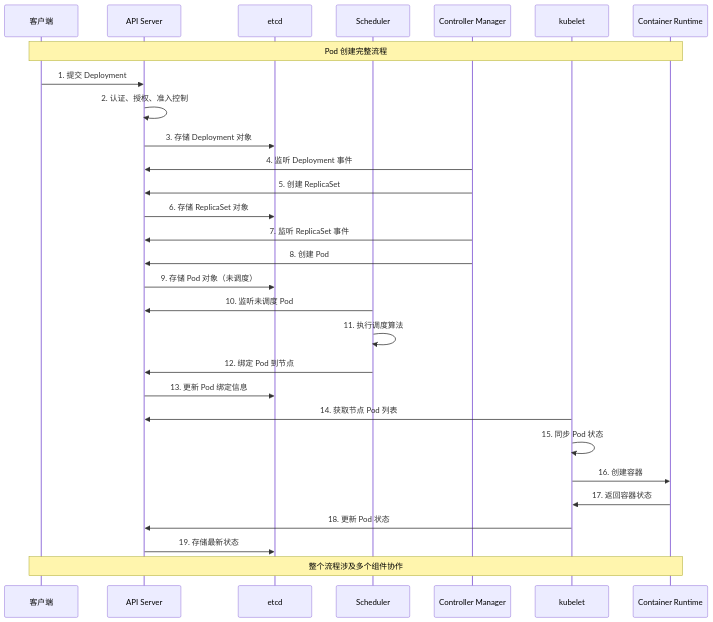
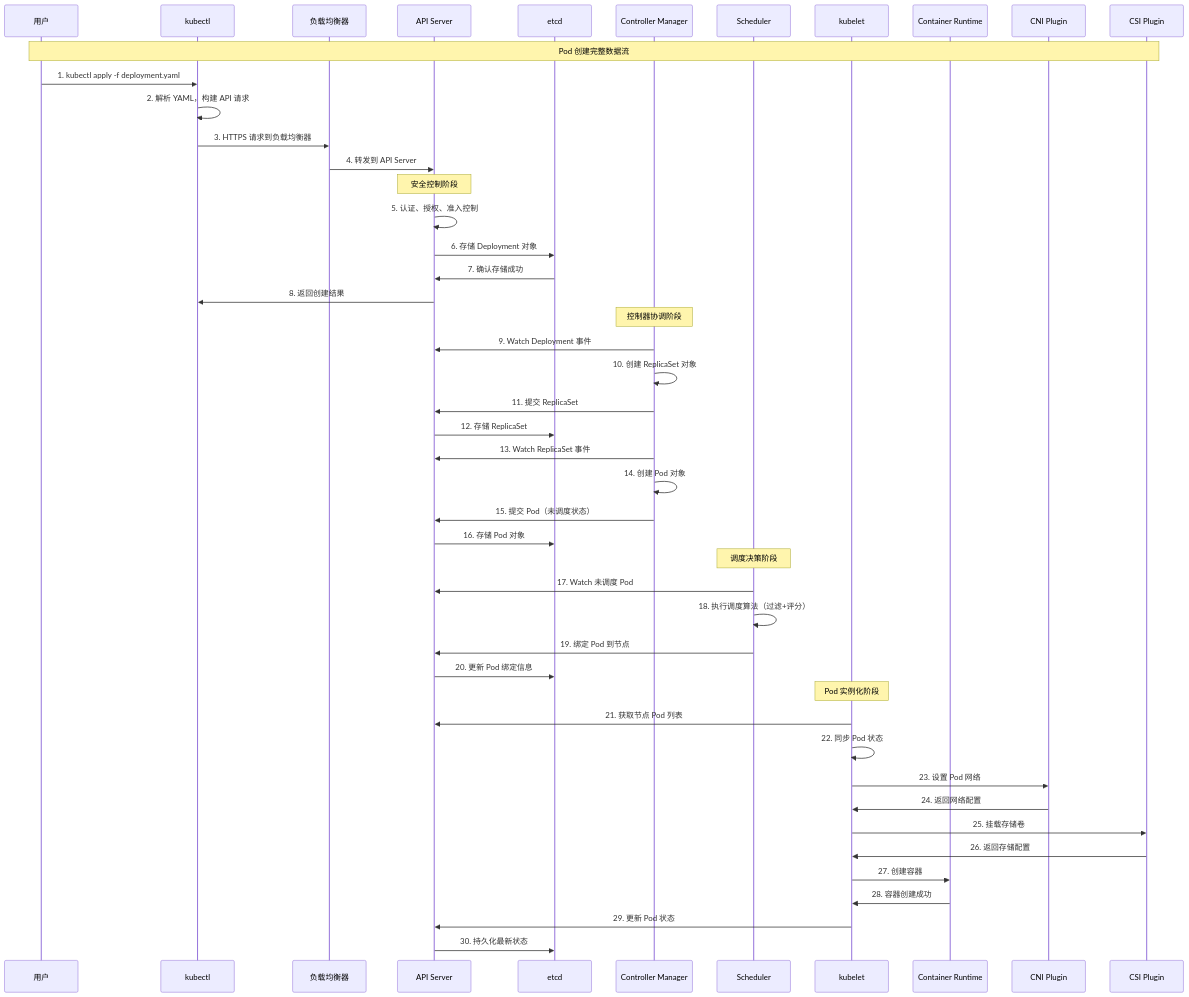
The fourth of 9 diagrams in kubernetes/knowledge/02-architecture/README.md (zhiqli1993/cloud-study), drawn with Mermaid before and after one commit. The commit also changed other lines of this file and 62 other files, not shown here.

````diff
--- a/kubernetes/knowledge/02-architecture/README.md
+++ b/kubernetes/knowledge/02-architecture/README.md
@@ -137,38 +393,56 @@
 ```mermaid
 sequenceDiagram
-    participant Client as 客户端
+    participant User as 用户
+    participant kubectl as kubectl
+    participant LB as 负载均衡器
     participant API as API Server
-    participant ETCD as etcd
-    participant SCH as Scheduler
+    participant etcd as etcd
     participant CM as Controller Manager
-    participant KUBELET as kubelet
-    participant RUNTIME as Container Runtime
+    participant Sched as Scheduler
+    participant kubelet as kubelet
+    participant Runtime as Container Runtime
+    participant CNI as CNI Plugin
+    participant CSI as CSI Plugin
 
-    Note over Client, RUNTIME: Pod 创建完整流程
+    Note over User, CSI: Pod 创建完整数据流
 
-    Client->>API: 1. 提交 Deployment
-    API->>API: 2. 认证、授权、准入控制
-    API->>ETCD: 3. 存储 Deployment 对象
+    User->>kubectl: 1. kubectl apply -f deployment.yaml
+    kubectl->>kubectl: 2. 解析 YAML，构建 API 请求
+    kubectl->>LB: 3. HTTPS 请求到负载均衡器
+    LB->>API: 4. 转发到 API Server
     
-    CM->>API: 4. 监听 Deployment 事件
-    CM->>API: 5. 创建 ReplicaSet
-    API->>ETCD: 6. 存储 ReplicaSet 对象
+    Note over API: 安全控制阶段
+    API->>API: 5. 认证、授权、准入控制
+    API->>etcd: 6. 存储 Deployment 对象
+    etcd->>API: 7. 确认存储成功
+    API->>kubectl: 8. 返回创建结果
     
-    CM->>API: 7. 监听 ReplicaSet 事件
-    CM->>API: 8. 创建 Pod
-    API->>ETCD: 9. 存储 Pod 对象（未调度）
+    Note over CM: 控制器协调阶段
+    CM->>API: 9. Watch Deployment 事件
+    CM->>CM: 10. 创建 ReplicaSet 对象
+    CM->>API: 11. 提交 ReplicaSet
+    API->>etcd: 12. 存储 ReplicaSet
     
-    SCH->>API: 10. 监听未调度 Pod
-    SCH->>SCH: 11. 执行调度算法
-    SCH->>API: 12. 绑定 Pod 到节点
-    API->>ETCD: 13. 更新 Pod 绑定信息
+    CM->>API: 13. Watch ReplicaSet 事件
+    CM->>CM: 14. 创建 Pod 对象
+    CM->>API: 15. 提交 Pod（未调度状态）
+    API->>etcd: 16. 存储 Pod 对象
     
-    KUBELET->>API: 14. 获取节点 Pod 列表
-    KUBELET->>KUBELET: 15. 同步 Pod 状态
-    KUBELET->>RUNTIME: 16. 创建容器
-    RUNTIME->>KUBELET: 17. 返回容器状态
-    KUBELET->>API: 18. 更新 Pod 状态
-    API->>ETCD: 19. 存储最新状态
-
-    Note over Client, RUNTIME: 整个流程涉及多个组件协作
+    Note over Sched: 调度决策阶段
+    Sched->>API: 17. Watch 未调度 Pod
+    Sched->>Sched: 18. 执行调度算法（过滤+评分）
+    Sched->>API: 19. 绑定 Pod 到节点
+    API->>etcd: 20. 更新 Pod 绑定信息
+    
+    Note over kubelet: Pod 实例化阶段
+    kubelet->>API: 21. 获取节点 Pod 列表
+    kubelet->>kubelet: 22. 同步 Pod 状态
+    kubelet->>CNI: 23. 设置 Pod 网络
+    CNI->>kubelet: 24. 返回网络配置
+    kubelet->>CSI: 25. 挂载存储卷
+    CSI->>kubelet: 26. 返回存储配置
+    kubelet->>Runtime: 27. 创建容器
+    Runtime->>kubelet: 28. 容器创建成功
+    kubelet->>API: 29. 更新 Pod 状态
+    API->>etcd: 30. 持久化最新状态
 ```
````
